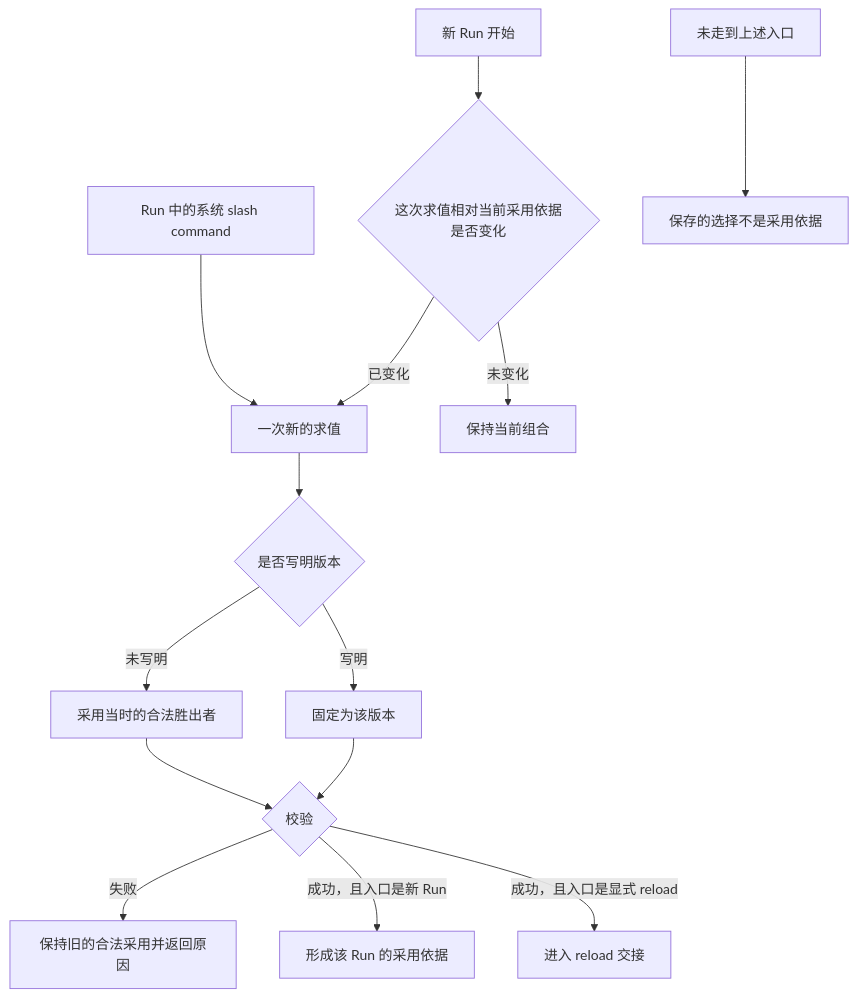
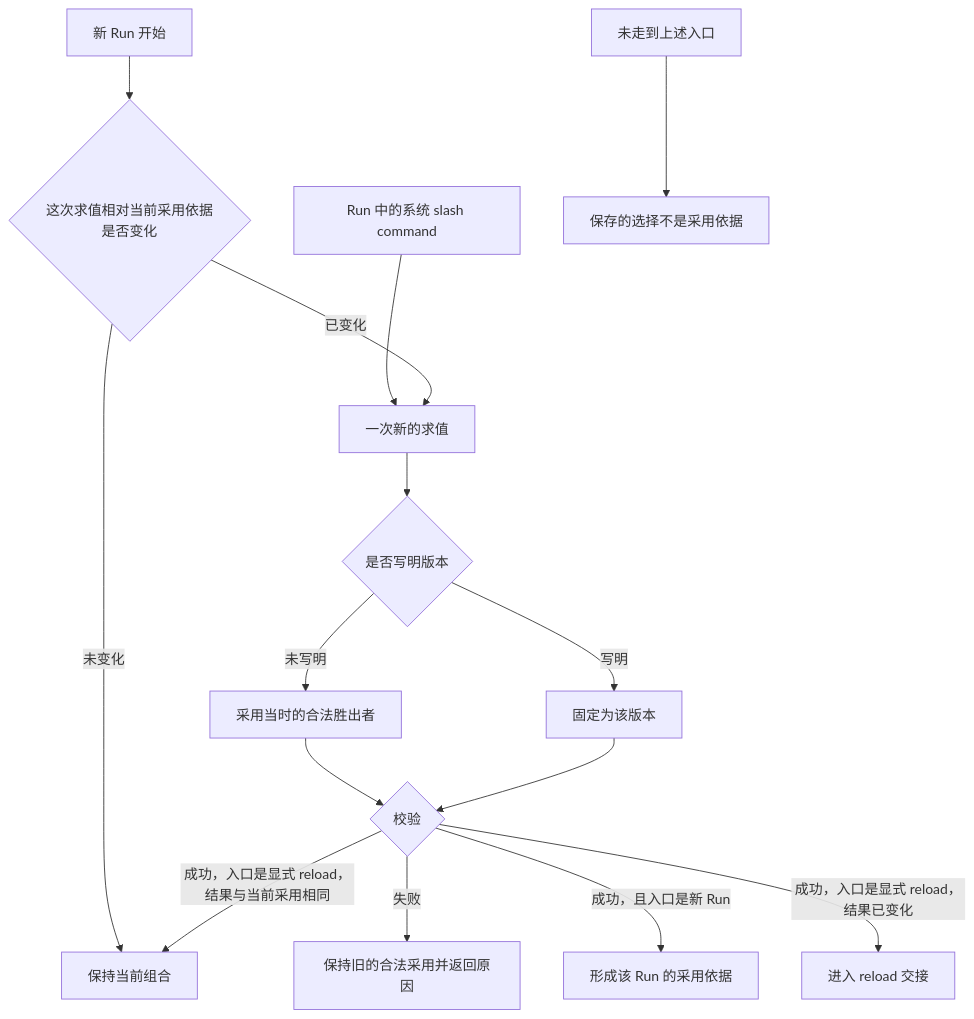
The first of 3 diagrams in docs/architecture/runtime/assembly-and-change.md (nemori-ai/omne-harness-lite), drawn with Mermaid before and after one commit. The commit also changed other lines of this file and 11 other files, not shown here.

````diff
--- a/docs/architecture/runtime/assembly-and-change.md
+++ b/docs/architecture/runtime/assembly-and-change.md
@@ -58,16 +58,17 @@
 ```mermaid
 flowchart TD
   runStart[新 Run 开始] --> compare{这次求值相对当前采用依据是否变化}
   slash[Run 中的系统 slash command] --> eval[一次新的求值]
   compare -->|未变化| keep[保持当前组合]
   compare -->|已变化| eval
   eval --> named{是否写明版本}
   named -->|未写明| winner[采用当时的合法胜出者]
   named -->|写明| pinned[固定为该版本]
   winner --> check{校验}
   pinned --> check
   check -->|失败| old[保持旧的合法采用并返回原因]
   check -->|成功，且入口是新 Run| runBasis[形成该 Run 的采用依据]
-  check -->|成功，且入口是显式 reload| handoff[进入 reload 交接]
+  check -->|成功，入口是显式 reload，结果已变化| handoff[进入 reload 交接]
+  check -->|成功，入口是显式 reload，结果与当前采用相同| keep
   outside[未走到上述入口] --> saved[保存的选择不是采用依据]
 ```
````
